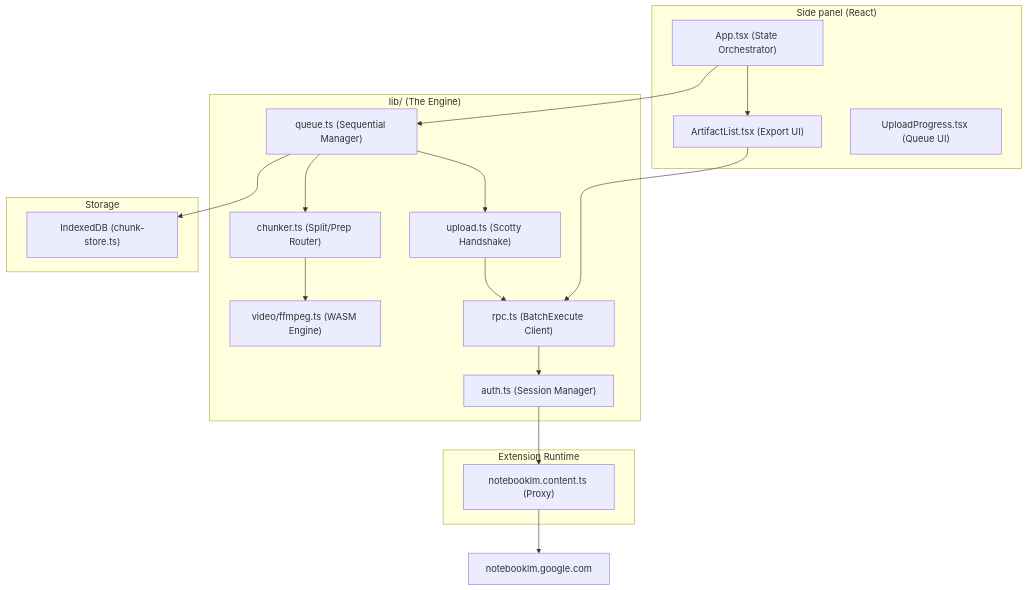
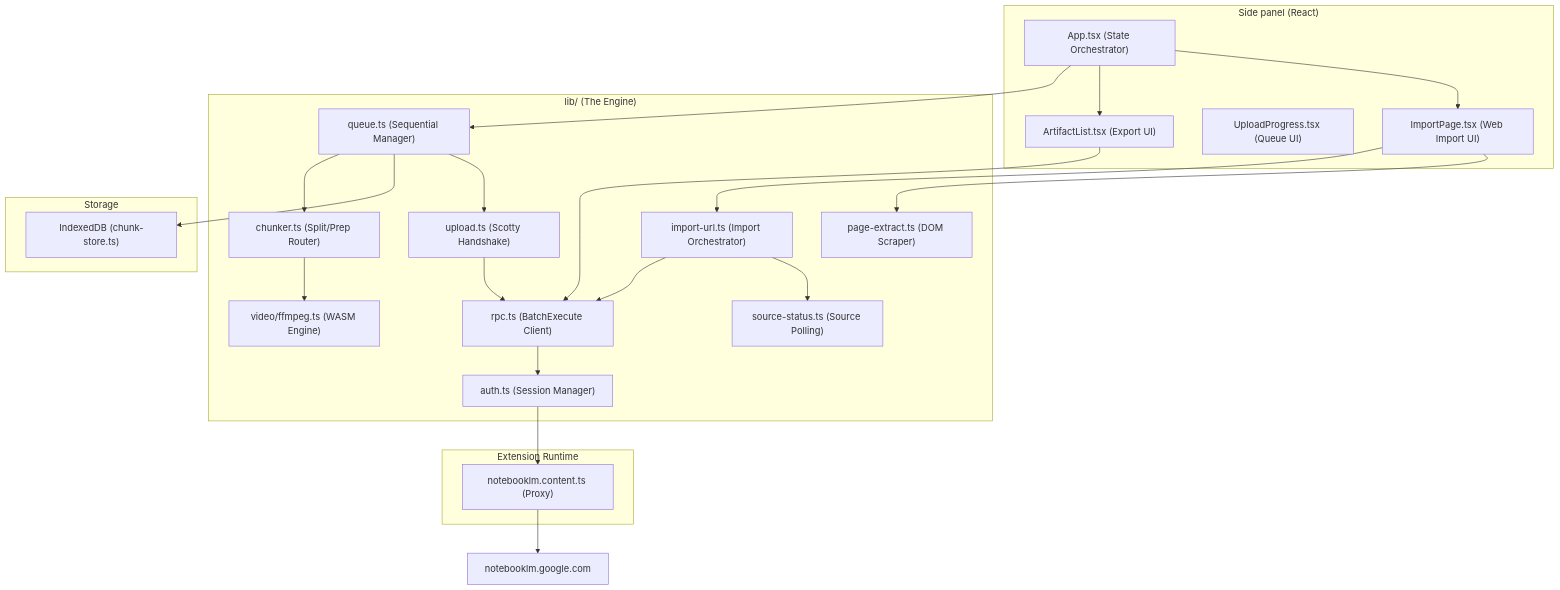
One commit to jashanDev12/Automate-notebookLM changed the first of 2 diagrams in Archietecture.md. Above: the diagram before and after it, drawn with Mermaid. The commit also changed other lines of this file, not shown here.

````diff
--- a/Archietecture.md
+++ b/Archietecture.md
@@ -40,34 +41,43 @@
 ```mermaid
 flowchart TB
   subgraph UI["Side panel (React)"]
     App["App.tsx (State Orchestrator)"]
     Artifacts["ArtifactList.tsx (Export UI)"]
     UploadUI["UploadProgress.tsx (Queue UI)"]
+    ImportUI["ImportPage.tsx (Web Import UI)"]
   end
 
   subgraph Core_Logic["lib/ (The Engine)"]
     Queue["queue.ts (Sequential Manager)"]
     Chunker["chunker.ts (Split/Prep Router)"]
     FFmpeg["video/ffmpeg.ts (WASM Engine)"]
     Upload["upload.ts (Scotty Handshake)"]
     RPC["rpc.ts (BatchExecute Client)"]
     Auth["auth.ts (Session Manager)"]
+    Import["import-url.ts (Import Orchestrator)"]
+    PageExtract["page-extract.ts (DOM Scraper)"]
+    SourceStatus["source-status.ts (Source Polling)"]
   end
 
   subgraph Persistence["Storage"]
     IDB["IndexedDB (chunk-store.ts)"]
   end
 
   subgraph Bridge["Extension Runtime"]
     CS["notebooklm.content.ts (Proxy)"]
   end
 
   App --> Queue
   App --> Artifacts
+  App --> ImportUI
+  ImportUI --> Import
+  ImportUI --> PageExtract
+  Import --> RPC
+  Import --> SourceStatus
   Queue --> Chunker --> FFmpeg
   Queue --> IDB
   Queue --> Upload --> RPC
   Artifacts --> RPC
   RPC --> Auth --> CS
   CS --> Google["notebooklm.google.com"]
 ```
````
